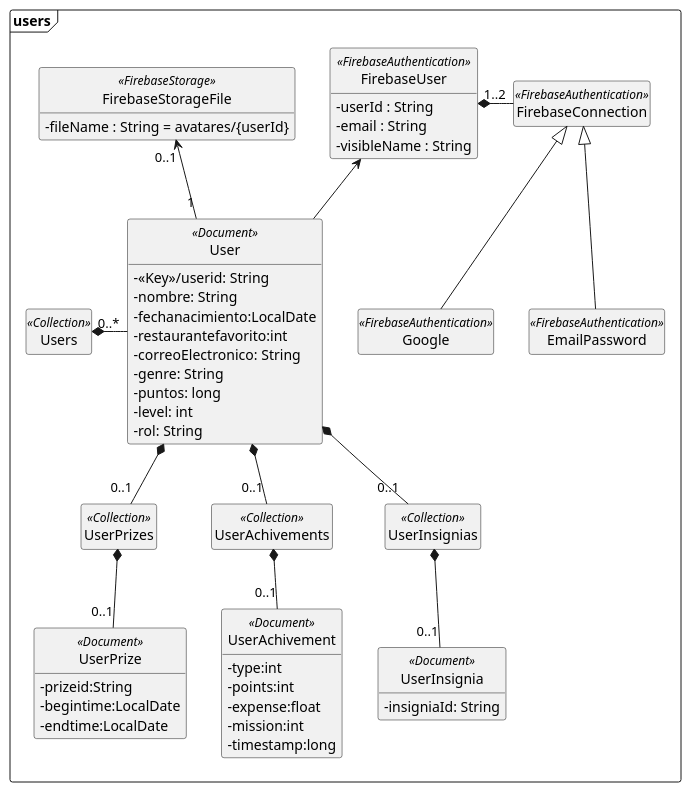
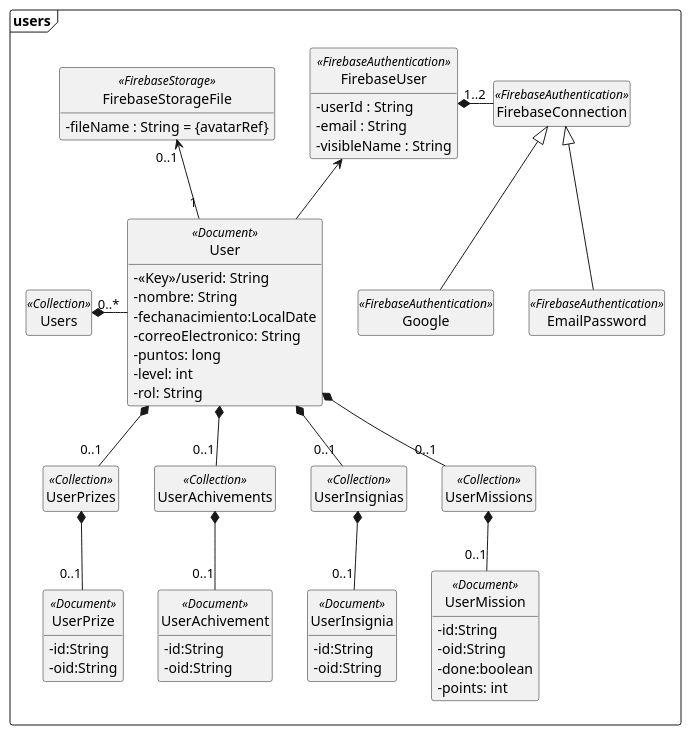
The diagram in users.wsd (Cramer-0xbit/route66-plantuml), drawn with PlantUML before and after one commit. The commit also changed 14 other files, not shown here.

```diff
--- a/users.wsd
+++ b/users.wsd
@@ -1,72 +1,75 @@
 @startuml users
 package users <<Frame>> {
  class FirebaseStorageFile <<FirebaseStorage>>{
-- fileName : String = avatares/{userId}
+- fileName : String = {avatarRef}
 }
     class FirebaseUser <<FirebaseAuthentication>>{
         - userId : String
         - email : String
         - visibleName : String 
     }
     class FirebaseConnection <<FirebaseAuthentication>>
     class Google <<FirebaseAuthentication>>
     class EmailPassword <<FirebaseAuthentication>>
 
  class Users <<Collection>>
  
  class User <<Document>>{
     - <<Key>>/userid: String
     - nombre: String
     - fechanacimiento:LocalDate
-    - restaurantefavorito:int
     - correoElectronico: String  
-    - genre: String
     - puntos: long
     - level: int
     - rol: String 
  }
  
 
 together {
-
+ class UserMissions <<Collection>>
  class UserInsignias <<Collection>>
  class UserAchivements <<Collection>>
  class UserPrizes <<Collection>>
  class UserInsignia <<Document>>{
-     - insigniaId: String    
+      -id:String
+     -oid:String
  }
  class UserAchivement<<Document>>{
-     -type:int
-     -points:int
-     -expense:float
-     -mission:int
-     -timestamp:long
+      -id:String
+     -oid:String
  }
  class UserPrize<<Document>>{
-     -prizeid:String
-     -begintime:LocalDate
-     -endtime:LocalDate
+     -id:String
+     -oid:String
+}
+ class UserMission <<Document>>{
+     -id:String
+     -oid:String
+     -done:boolean
+     -points: int
 }
 }
 
 
+ User*--"0..1"UserMissions
  User*--"0..1"UserAchivements
  User*--"0..1"UserInsignias 
  User*--"0..1"UserPrizes
- UserAchivements*--"0..1"UserAchivement
- UserInsignias*--"0..1"UserInsignia
- UserPrizes*--"0..1"UserPrize
+UserMissions*--"0..1"UserMission
+UserAchivements*--"0..1"UserAchivement
+UserInsignias*--"0..1"UserInsignia
+UserPrizes*--"0..1"UserPrize
 FirebaseUser*-"1..2"FirebaseConnection
 FirebaseUser <-- User
 FirebaseStorageFile"0..1"<--"1"User
 Users*-"0..*" User
 
 FirebaseConnection<|--EmailPassword
 FirebaseConnection<|--Google
 }
 /'Configuraciones'/
 
 hide empty members   
 hide circle
 skinparam classAttributeIconSize 0
 @enduml
```
